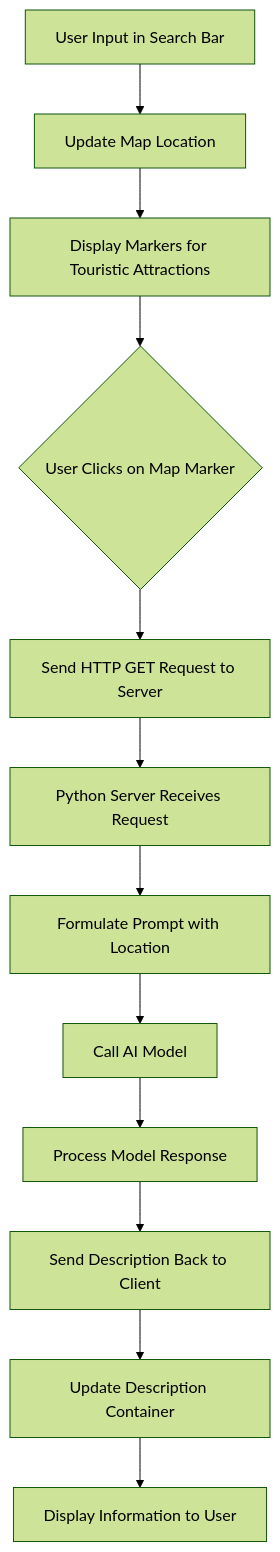
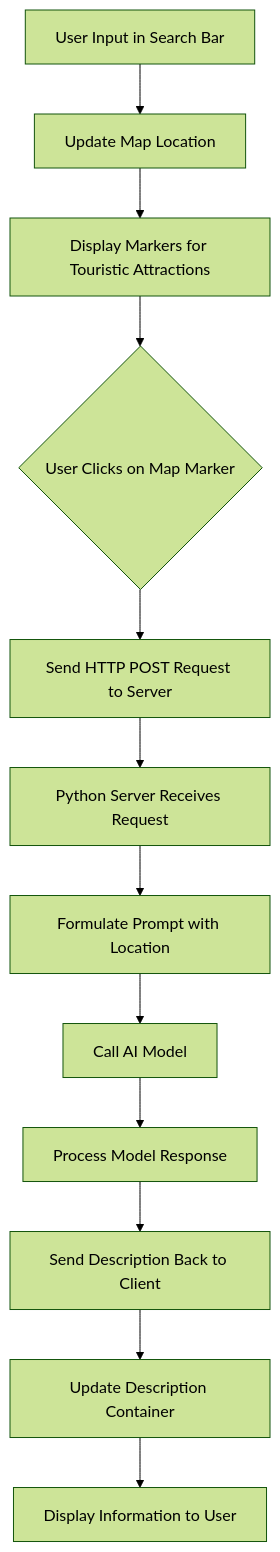
Before and after one commit to EnacheAdrian05/DescriptiveMap: the diagram in README.md, drawn with Mermaid (forest theme).

Commit message:
Change HTTP request method from GET to POST

````diff
--- a/README.md
+++ b/README.md
@@ -14,14 +14,14 @@
 ```mermaid
 flowchart TD
     A[User Input in Search Bar] --> B[Update Map Location]
     B --> C[Display Markers for Touristic Attractions]
     C --> D{User Clicks on Map Marker}
-    D --> E[Send HTTP GET Request to Server]
+    D --> E[Send HTTP POST Request to Server]
     E --> F[Python Server Receives Request]
     F --> G[Formulate Prompt with Location]
     G --> H[Call AI Model]
     H --> I[Process Model Response]
     I --> J[Send Description Back to Client]
     J --> K[Update Description Container]
     K --> L[Display Information to User]
 ```
````
